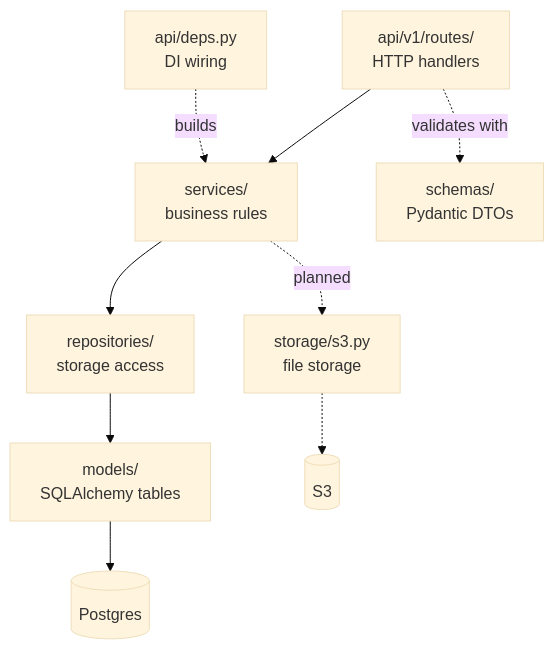
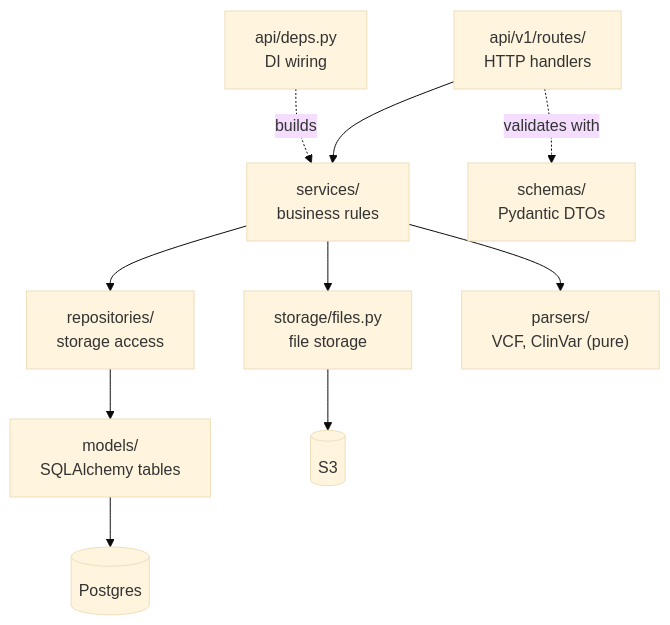
The second of 4 diagrams in ARCHITECTURE.md (SVZhuk/SciInf_GenVar), drawn with Mermaid (base theme) before and after one commit. The commit also changed other lines of this file and 2 other files, not shown here.

````diff
--- a/ARCHITECTURE.md
+++ b/ARCHITECTURE.md
@@ -49,11 +50,12 @@
 ```mermaid
 flowchart TB
     R["api/v1/routes/<br/>HTTP handlers"] --> S["services/<br/>business rules"]
     R -. validates with .-> SC["schemas/<br/>Pydantic DTOs"]
     D["api/deps.py<br/>DI wiring"] -. builds .-> S
     S --> RP["repositories/<br/>storage access"]
-    S -. planned .-> ST["storage/s3.py<br/>file storage"]
+    S --> ST["storage/files.py<br/>file storage"]
+    S --> P["parsers/<br/>VCF, ClinVar (pure)"]
     RP --> M["models/<br/>SQLAlchemy tables"]
     M --> PG[(Postgres)]
-    ST -.-> S3[(S3)]
+    ST --> S3[(S3)]
 ```
````
